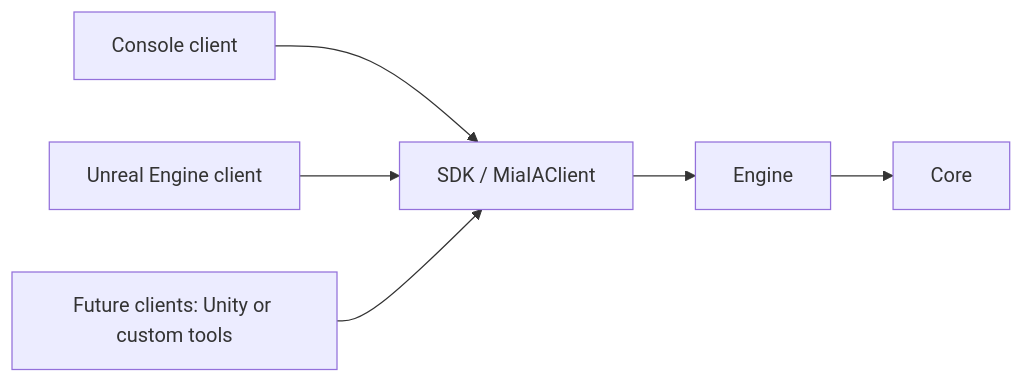
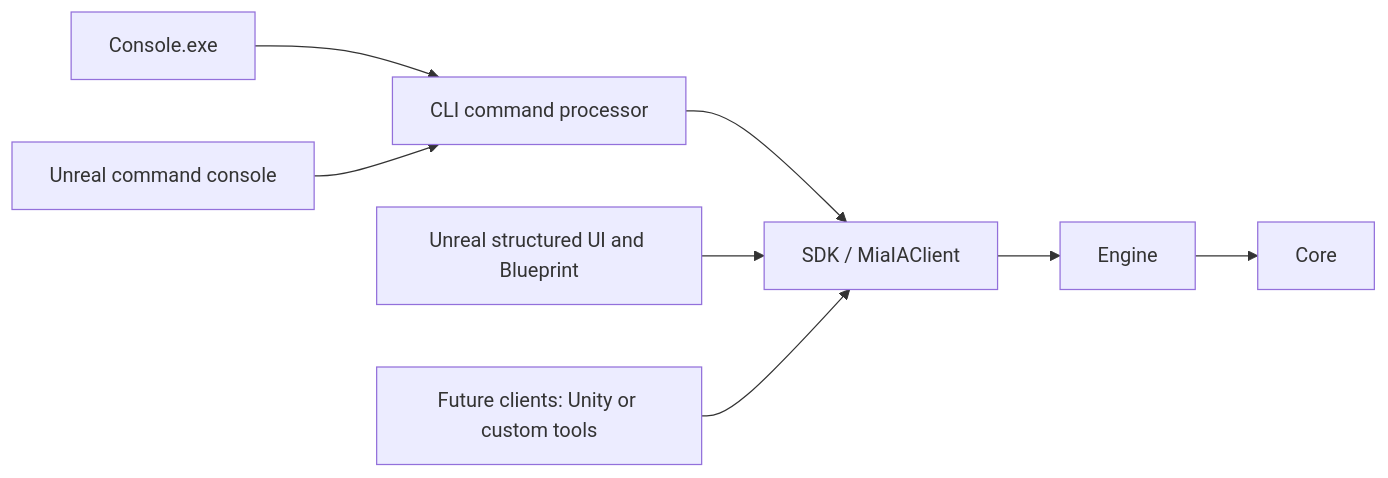
One commit to Agosillo/MiaIA changed the diagram in MiaIA/Docs/Architecture/Architecture.md. Above: the diagram before and after it, drawn with Mermaid. The commit also changed other lines of this file and 22 other files, not shown here.

Commit message:
Add shared CLI and interactive Unreal debug console

````diff
--- a/MiaIA/Docs/Architecture/Architecture.md
+++ b/MiaIA/Docs/Architecture/Architecture.md
@@ -11,8 +11,10 @@
 ```mermaid
 flowchart LR
-    Console["Console client"] --> SDK["SDK / MiaIAClient"]
-    Unreal["Unreal Engine client"] --> SDK
+    Console["Console.exe"] --> CLI["CLI command processor"]
+    UnrealConsole["Unreal command console"] --> CLI
+    CLI --> SDK["SDK / MiaIAClient"]
+    Unreal["Unreal structured UI and Blueprint"] --> SDK
     Future["Future clients: Unity or custom tools"] --> SDK
     SDK --> Engine
     Engine --> Core
 ```
````
